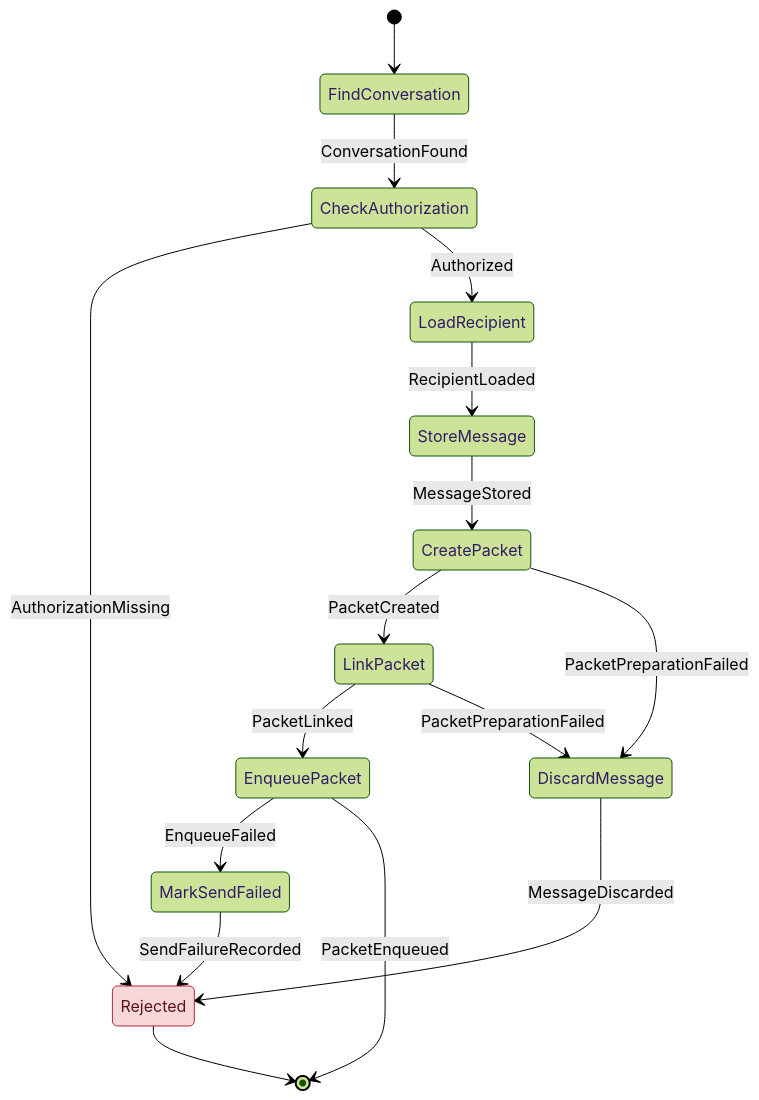
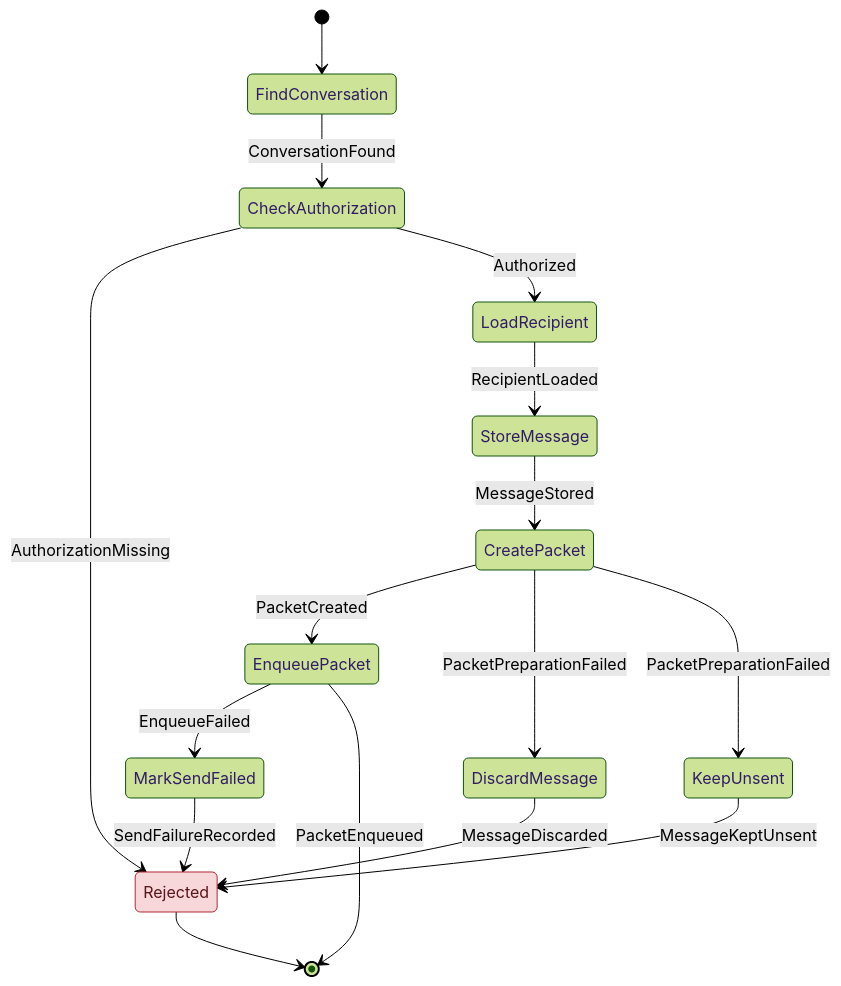
Before and after one commit to cbgm/Sparrow: the third of 27 diagrams in docs/architecture/workflows/message.md, drawn with Mermaid (forest theme). The commit also changed other lines of this file and 1796 other files, not shown here.

````diff
--- a/docs/architecture/workflows/message.md
+++ b/docs/architecture/workflows/message.md
@@ -73,20 +108,20 @@
 ```mermaid
 stateDiagram-v2
     [*] --> FindConversation
     FindConversation --> CheckAuthorization : ConversationFound
     CheckAuthorization --> Rejected : AuthorizationMissing
     CheckAuthorization --> LoadRecipient : Authorized
     LoadRecipient --> StoreMessage : RecipientLoaded
     StoreMessage --> CreatePacket : MessageStored
-    CreatePacket --> LinkPacket : PacketCreated
+    CreatePacket --> EnqueuePacket : PacketCreated
     CreatePacket --> DiscardMessage : PacketPreparationFailed
-    LinkPacket --> EnqueuePacket : PacketLinked
-    LinkPacket --> DiscardMessage : PacketPreparationFailed
+    CreatePacket --> KeepUnsent : PacketPreparationFailed
     DiscardMessage --> Rejected : MessageDiscarded
+    KeepUnsent --> Rejected : MessageKeptUnsent
     EnqueuePacket --> MarkSendFailed : EnqueueFailed
     EnqueuePacket --> [*] : PacketEnqueued
     MarkSendFailed --> Rejected : SendFailureRecorded
     Rejected --> [*]
     classDef reject fill:#f8d7da,stroke:#b02a37,color:#58151c
     class Rejected reject
 ```
````
